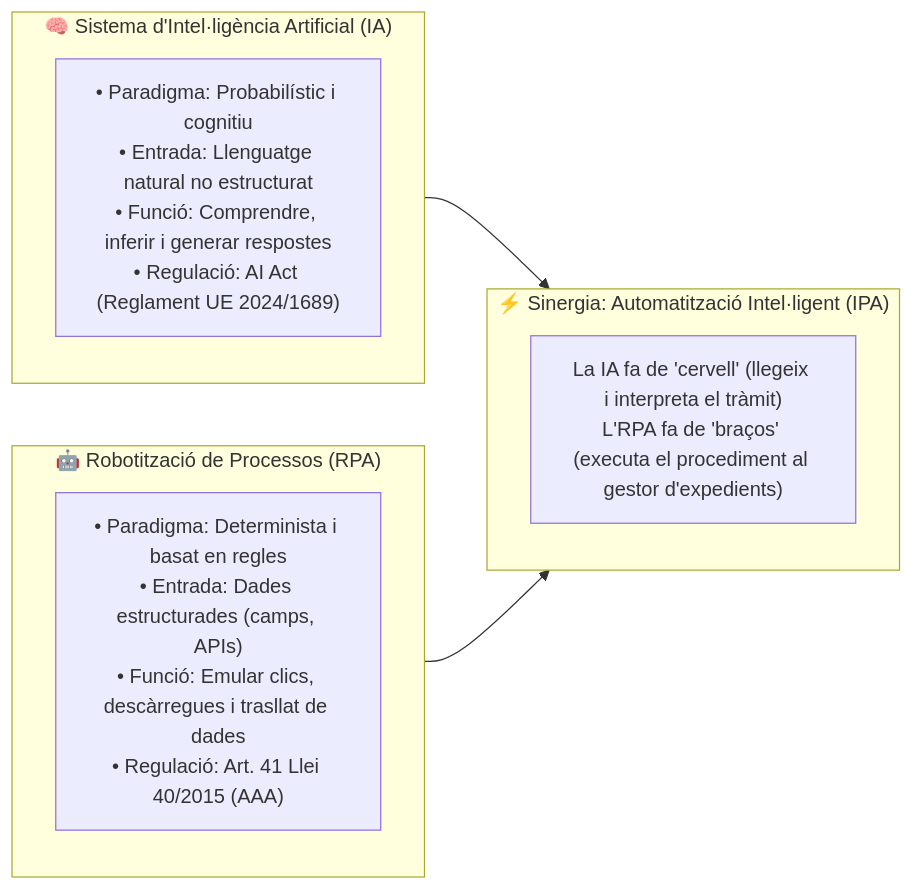
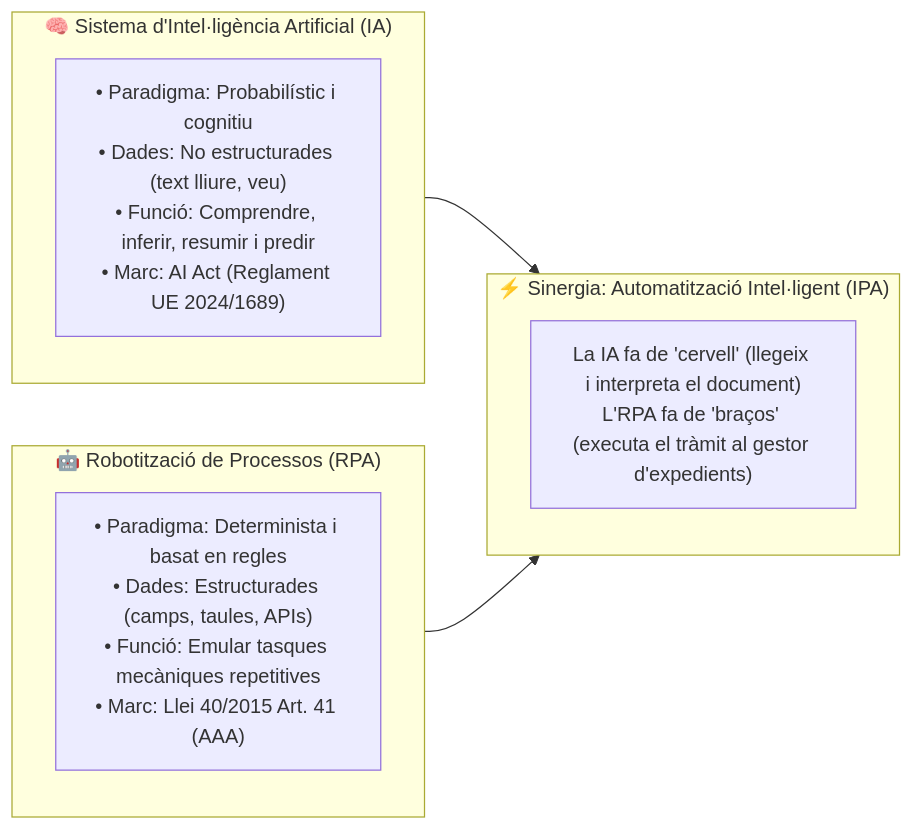
The first of 2 diagrams in recursos/casos_practics/05_ia_segura_i_robotitzacio_processos_rpa.md (oriolmapu/opo), drawn with Mermaid before and after one commit. The commit also changed other lines of this file, not shown here.

````diff
--- a/recursos/casos_practics/05_ia_segura_i_robotitzacio_processos_rpa.md
+++ b/recursos/casos_practics/05_ia_segura_i_robotitzacio_processos_rpa.md
@@ -19,17 +17,17 @@
 ```mermaid
 flowchart LR
     subgraph IA["🧠 Sistema d'Intel·ligència Artificial (IA)"]
-        IA_DESC["• Paradigma: Probabilístic i cognitiu<br/>• Entrada: Llenguatge natural no estructurat<br/>• Funció: Comprendre, inferir i generar respostes<br/>• Regulació: AI Act (Reglament UE 2024/1689)"]
+        IA_T["• Paradigma: Probabilístic i cognitiu<br/>• Dades: No estructurades (text lliure, veu)<br/>• Funció: Comprendre, inferir, resumir i predir<br/>• Marc: AI Act (Reglament UE 2024/1689)"]
     end
 
     subgraph RPA["🤖 Robotització de Processos (RPA)"]
-        RPA_DESC["• Paradigma: Determinista i basat en regles<br/>• Entrada: Dades estructurades (camps, APIs)<br/>• Funció: Emular clics, descàrregues i trasllat de dades<br/>• Regulació: Art. 41 Llei 40/2015 (AAA)"]
+        RPA_T["• Paradigma: Determinista i basat en regles<br/>• Dades: Estructurades (camps, taules, APIs)<br/>• Funció: Emular tasques mecàniques repetitives<br/>• Marc: Llei 40/2015 Art. 41 (AAA)"]
     end
 
     subgraph IPA["⚡ Sinergia: Automatització Intel·ligent (IPA)"]
-        IPA_DESC["La IA fa de 'cervell' (llegeix i interpreta el tràmit)<br/>L'RPA fa de 'braços' (executa el procediment al gestor d'expedients)"]
+        IPA_T["La IA fa de 'cervell' (llegeix i interpreta el document)<br/>L'RPA fa de 'braços' (executa el tràmit al gestor d'expedients)"]
     end
 
     IA --> IPA
     RPA --> IPA
 ```
````
